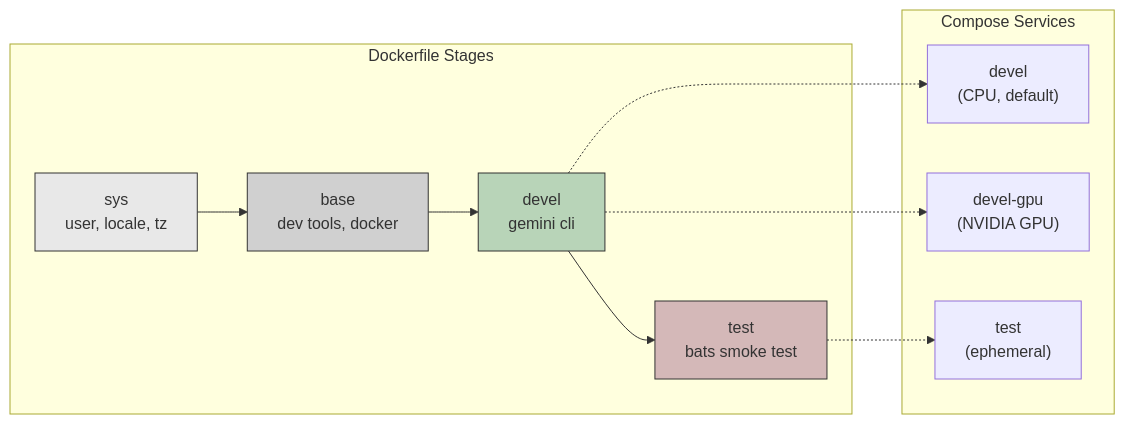
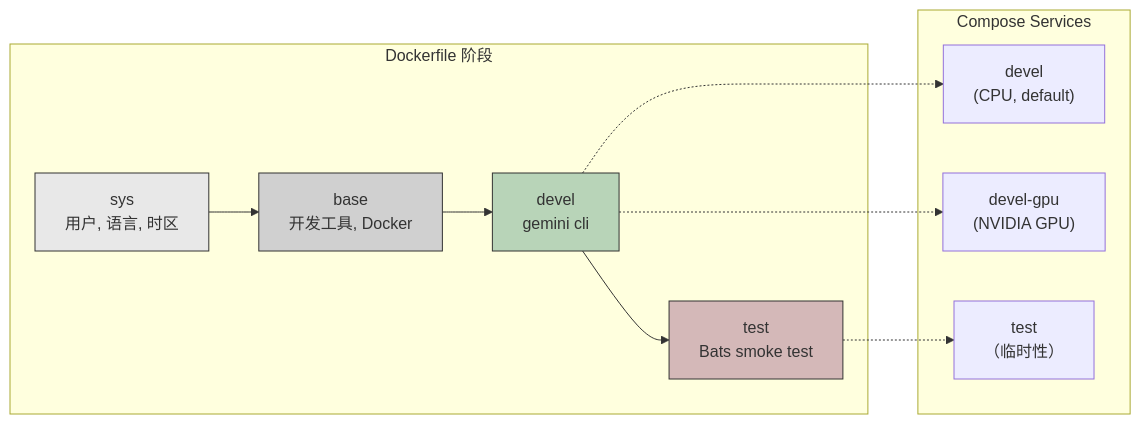
The second of 3 diagrams in doc/README.zh-CN.md (ycpss91255-docker/gemini_cli), drawn with Mermaid before and after one commit. The commit also changed other lines of this file and 2 other files, not shown here.

First line of the commit message:
docs: keep 'smoke test' as proper noun in i18n

````diff
--- a/doc/README.zh-CN.md
+++ b/doc/README.zh-CN.md
@@ -69,26 +69,26 @@
 ```mermaid
 graph LR
-    subgraph "Dockerfile Stages"
-        sys["sys<br/>user, locale, tz"]
-        base["base<br/>dev tools, docker"]
+    subgraph "Dockerfile 阶段"
+        sys["sys<br/>用户, 语言, 时区"]
+        base["base<br/>开发工具, Docker"]
         devel["devel<br/>gemini cli"]
-        test["test<br/>bats smoke test"]
+        test["test<br/>Bats smoke test"]
     end
 
     sys --> base --> devel --> test
 
     subgraph "Compose Services"
         S_CPU["devel<br/>(CPU, default)"]
         S_GPU["devel-gpu<br/>(NVIDIA GPU)"]
-        S_Test["test<br/>(ephemeral)"]
+        S_Test["test<br/>（临时性）"]
     end
 
     devel -.-> S_CPU
     devel -.-> S_GPU
     test -.-> S_Test
 
     style sys fill:#e8e8e8,stroke:#333
     style base fill:#d0d0d0,stroke:#333
     style devel fill:#b8d4b8,stroke:#333
     style test fill:#d4b8b8,stroke:#333
 ```
````
